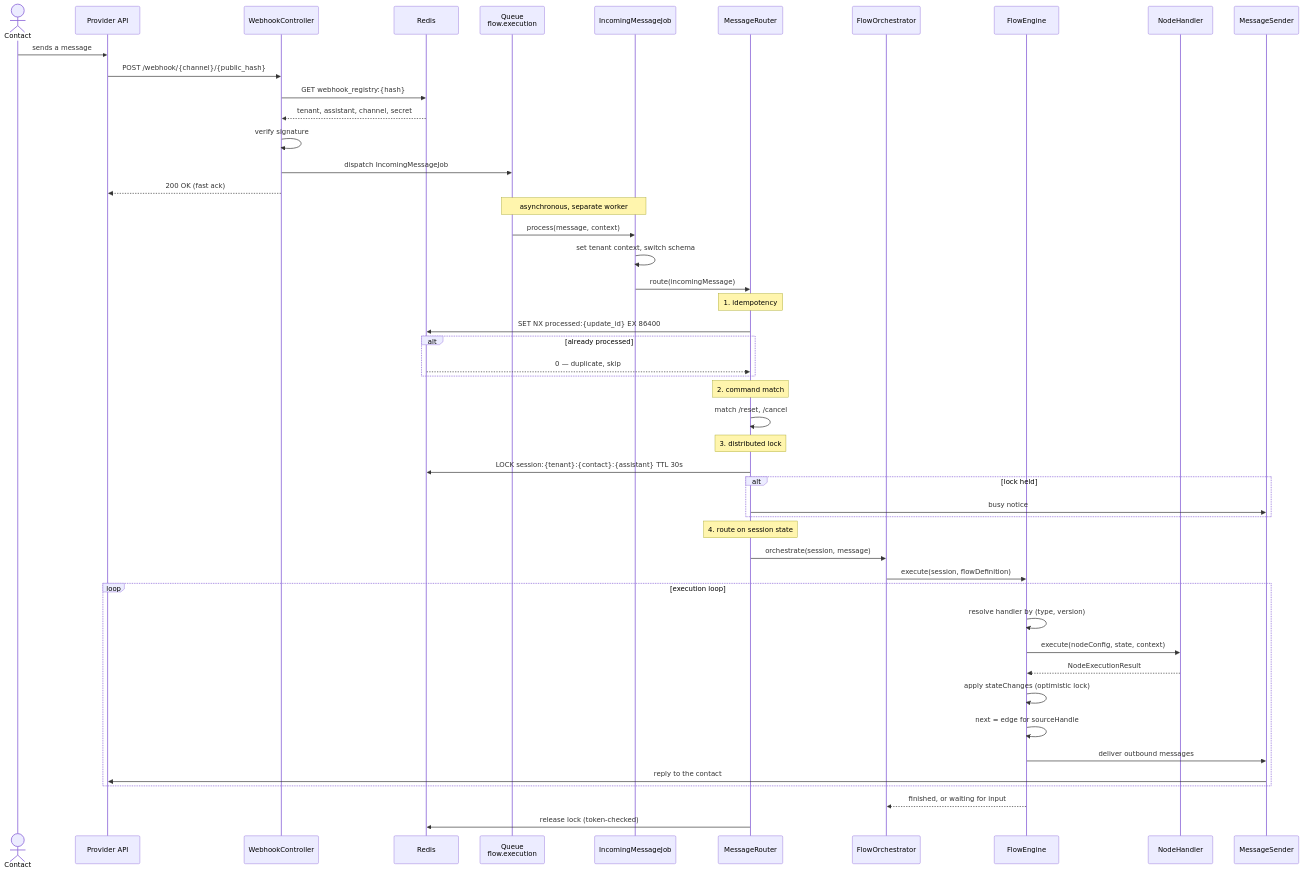
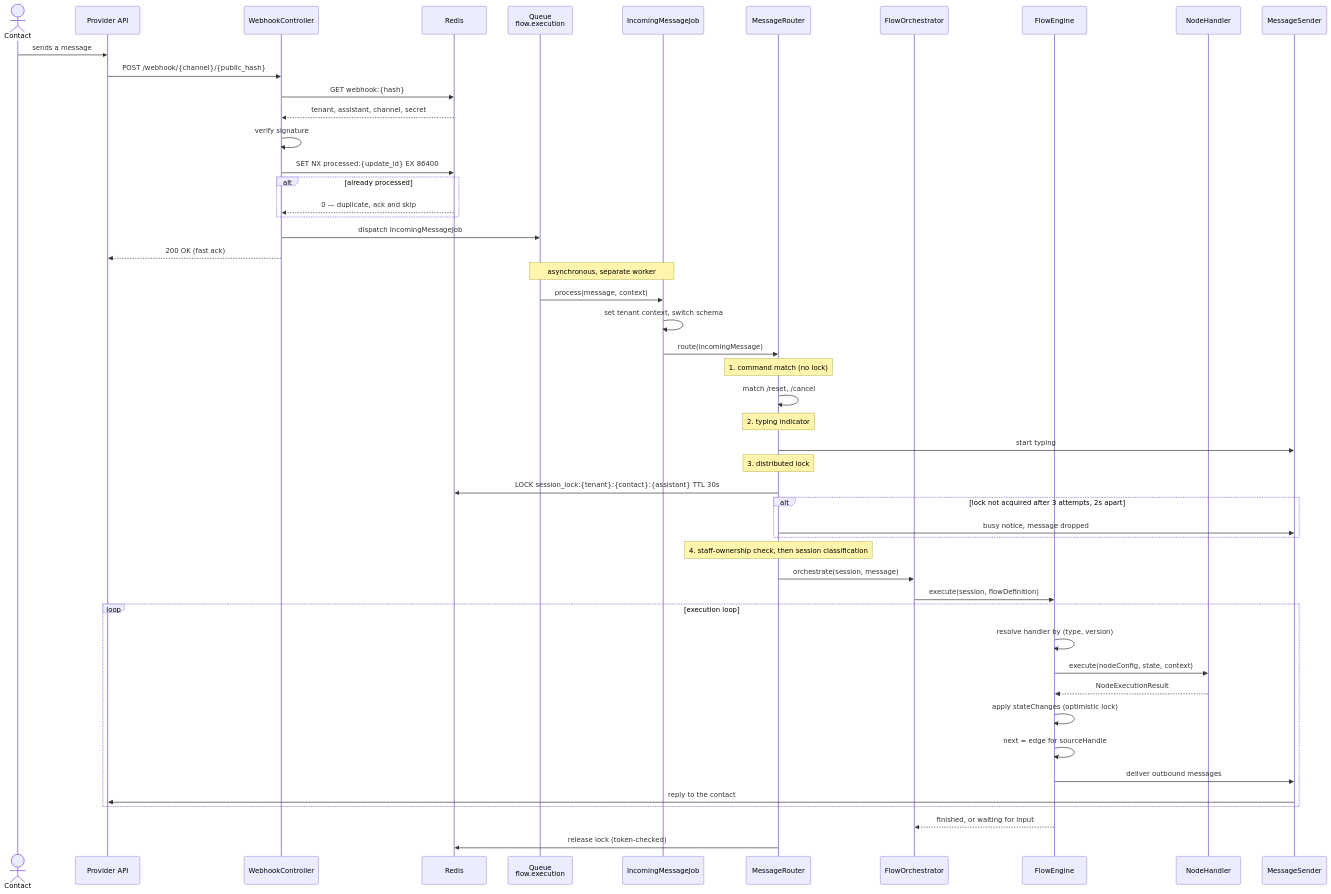
One commit to fapost-lab/core changed the diagram in docs/site/contributing/runtime.mdx. Above: the diagram before and after it, drawn with Mermaid. The commit also changed other lines of this file and 256 other files, not shown here.

````diff
--- a/docs/site/contributing/runtime.mdx
+++ b/docs/site/contributing/runtime.mdx
@@ -8,61 +8,62 @@
 ```mermaid
 sequenceDiagram
     actor U as Contact
     participant TG as Provider API
     participant WC as WebhookController
     participant RD as Redis
     participant Q as Queue<br/>flow.execution
     participant J as IncomingMessageJob
     participant MR as MessageRouter
     participant FO as FlowOrchestrator
     participant FE as FlowEngine
     participant NH as NodeHandler
     participant MS as MessageSender
 
     U->>TG: sends a message
     TG->>WC: POST /webhook/{channel}/{public_hash}
 
-    WC->>RD: GET webhook_registry:{hash}
+    WC->>RD: GET webhook:{hash}
     RD-->>WC: tenant, assistant, channel, secret
     WC->>WC: verify signature
+    WC->>RD: SET NX processed:{update_id} EX 86400
+    alt already processed
+        RD-->>WC: 0 — duplicate, ack and skip
+    end
     WC->>Q: dispatch IncomingMessageJob
     WC-->>TG: 200 OK (fast ack)
 
     Note over Q,J: asynchronous, separate worker
 
     Q->>J: process(message, context)
     J->>J: set tenant context, switch schema
     J->>MR: route(incomingMessage)
 
-    Note over MR: 1. idempotency
-    MR->>RD: SET NX processed:{update_id} EX 86400
-    alt already processed
-        RD-->>MR: 0 — duplicate, skip
+    Note over MR: 1. command match (no lock)
+    MR->>MR: match /reset, /cancel
+
+    Note over MR: 2. typing indicator
+    MR->>MS: start typing
+
+    Note over MR: 3. distributed lock
+    MR->>RD: LOCK session_lock:{tenant}:{contact}:{assistant} TTL 30s
+    alt lock not acquired after 3 attempts, 2s apart
+        MR->>MS: busy notice, message dropped
     end
 
-    Note over MR: 2. command match
-    MR->>MR: match /reset, /cancel
-
-    Note over MR: 3. distributed lock
-    MR->>RD: LOCK session:{tenant}:{contact}:{assistant} TTL 30s
-    alt lock held
-        MR->>MS: busy notice
-    end
-
-    Note over MR: 4. route on session state
+    Note over MR: 4. staff-ownership check, then session classification
     MR->>FO: orchestrate(session, message)
     FO->>FE: execute(session, flowDefinition)
 
     loop execution loop
         FE->>FE: resolve handler by (type, version)
         FE->>NH: execute(nodeConfig, state, context)
         NH-->>FE: NodeExecutionResult
         FE->>FE: apply stateChanges (optimistic lock)
         FE->>FE: next = edge for sourceHandle
         FE->>MS: deliver outbound messages
         MS->>TG: reply to the contact
     end
 
     FE-->>FO: finished, or waiting for input
     MR->>RD: release lock (token-checked)
 ```
````
